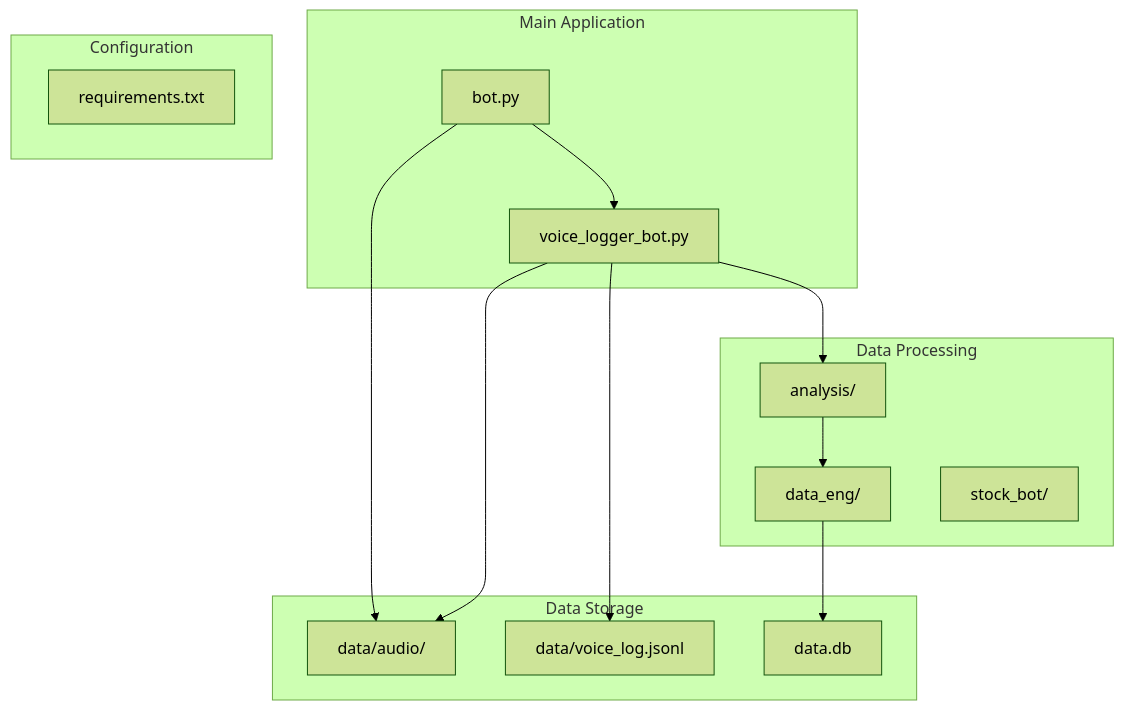
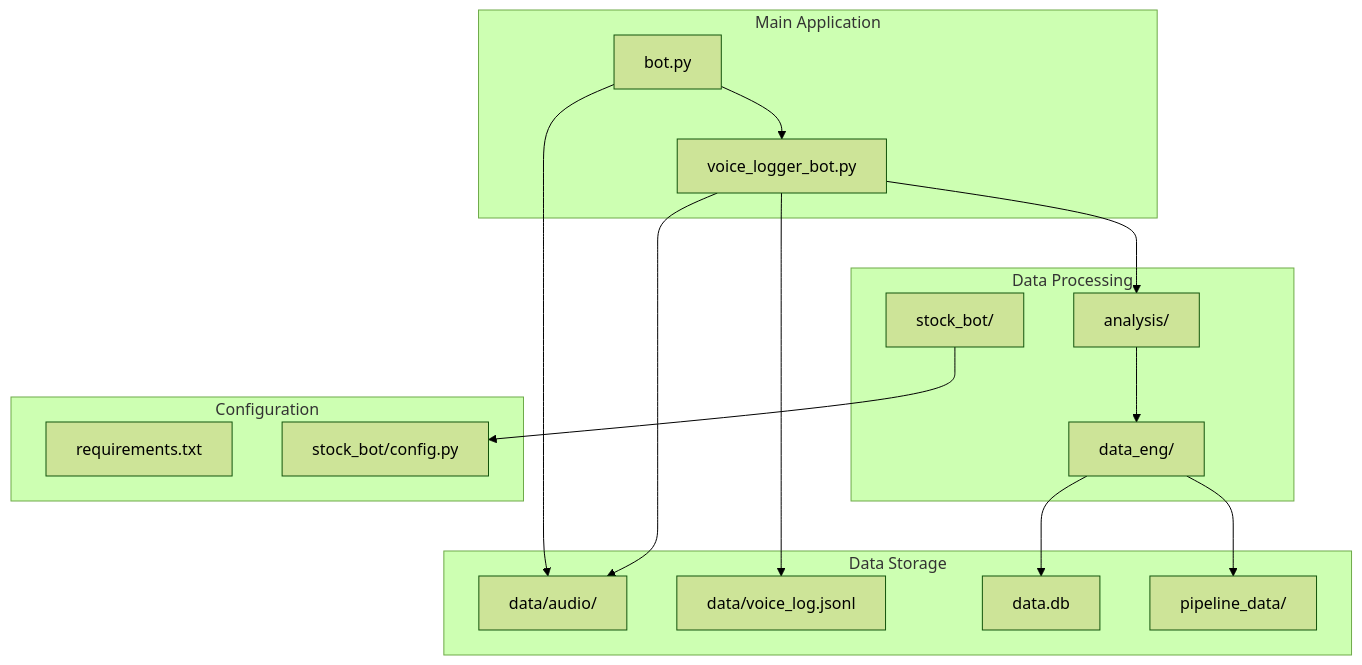
One commit to ZengSeng/telegram-bot changed the first of 3 diagrams in .qoder/repowiki/en/content/Configuration and Customization.md. Above: the diagram before and after it, drawn with Mermaid (forest theme). The commit also changed other lines of this file and 10 other files, not shown here.

````diff
--- a/.qoder/repowiki/en/content/Configuration and Customization.md
+++ b/.qoder/repowiki/en/content/Configuration and Customization.md
@@ -41,27 +45,31 @@
 ```mermaid
 graph TB
 subgraph "Main Application"
 BOT[bot.py]
 LOGGER[voice_logger_bot.py]
 end
 subgraph "Data Processing"
 ANALYSIS[analysis/]
 DATAENG[data_eng/]
 STOCKBOT[stock_bot/]
 end
 subgraph "Configuration"
 REQ[requirements.txt]
+CONFIG[stock_bot/config.py]
 end
 subgraph "Data Storage"
 AUDIO[data/audio/]
 LOGS[data/voice_log.jsonl]
 DB[data.db]
+PIPELINE_DATA[pipeline_data/]
 end
 BOT --> LOGGER
 BOT --> AUDIO
 LOGGER --> LOGS
 LOGGER --> AUDIO
 LOGGER --> ANALYSIS
 ANALYSIS --> DATAENG
 DATAENG --> DB
+DATAENG --> PIPELINE_DATA
+STOCKBOT --> CONFIG
 ```
````
